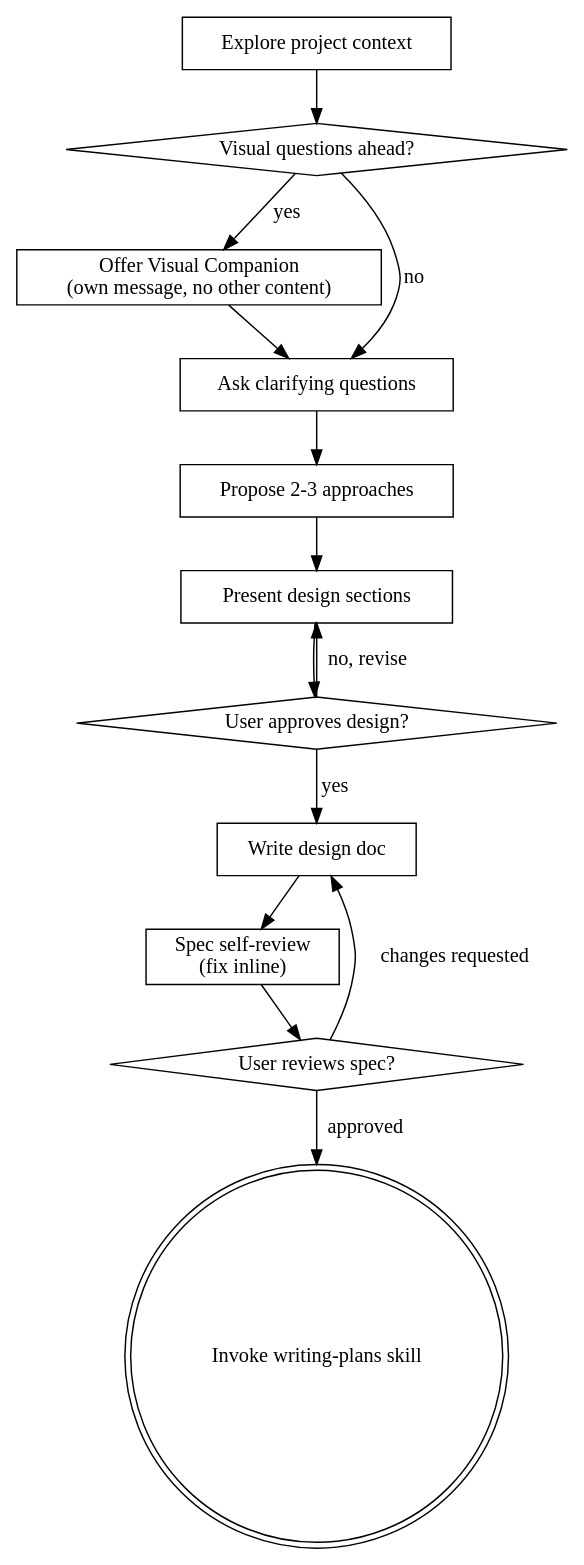
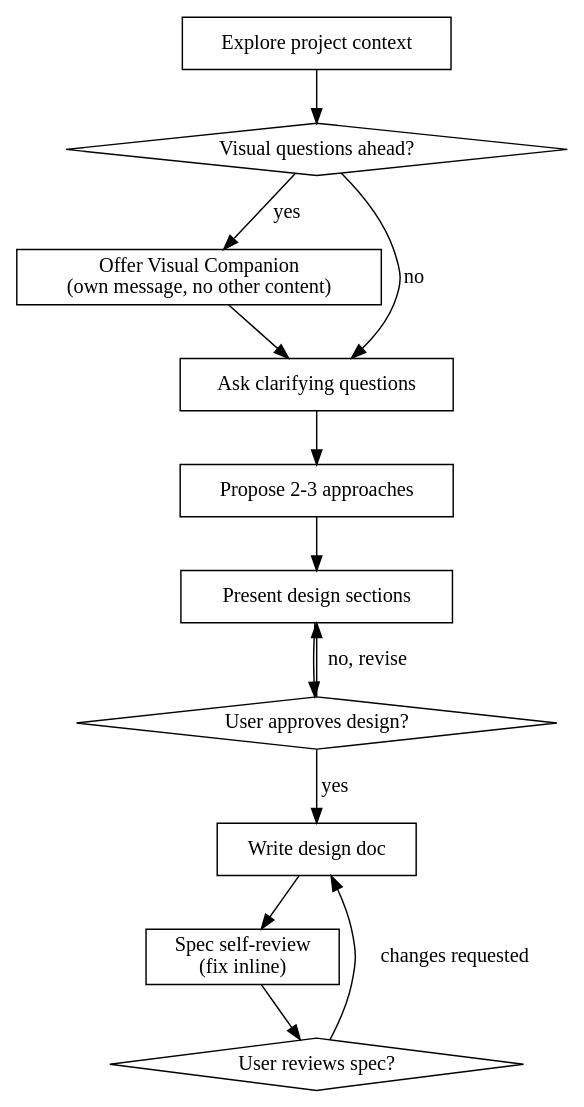
Before and after one commit to antoinezanardi/goat-it-web-admin: the diagram in .agents/skills/brainstorming/SKILL.md, drawn with Graphviz. The commit also changed 2 other files, not shown here.

Commit message:
docs(brainstormer): update process flow

````diff
--- a/.agents/skills/brainstorming/SKILL.md
+++ b/.agents/skills/brainstorming/SKILL.md
@@ -35,29 +35,27 @@
 ```dot
 digraph brainstorming {
     "Explore project context" [shape=box];
     "Visual questions ahead?" [shape=diamond];
     "Offer Visual Companion\n(own message, no other content)" [shape=box];
     "Ask clarifying questions" [shape=box];
     "Propose 2-3 approaches" [shape=box];
     "Present design sections" [shape=box];
     "User approves design?" [shape=diamond];
     "Write design doc" [shape=box];
     "Spec self-review\n(fix inline)" [shape=box];
     "User reviews spec?" [shape=diamond];
-    "Invoke writing-plans skill" [shape=doublecircle];
 
     "Explore project context" -> "Visual questions ahead?";
     "Visual questions ahead?" -> "Offer Visual Companion\n(own message, no other content)" [label="yes"];
     "Visual questions ahead?" -> "Ask clarifying questions" [label="no"];
     "Offer Visual Companion\n(own message, no other content)" -> "Ask clarifying questions";
     "Ask clarifying questions" -> "Propose 2-3 approaches";
     "Propose 2-3 approaches" -> "Present design sections";
     "Present design sections" -> "User approves design?";
     "User approves design?" -> "Present design sections" [label="no, revise"];
     "User approves design?" -> "Write design doc" [label="yes"];
     "Write design doc" -> "Spec self-review\n(fix inline)";
     "Spec self-review\n(fix inline)" -> "User reviews spec?";
     "User reviews spec?" -> "Write design doc" [label="changes requested"];
-    "User reviews spec?" -> "Invoke writing-plans skill" [label="approved"];
 }
 ```
````
